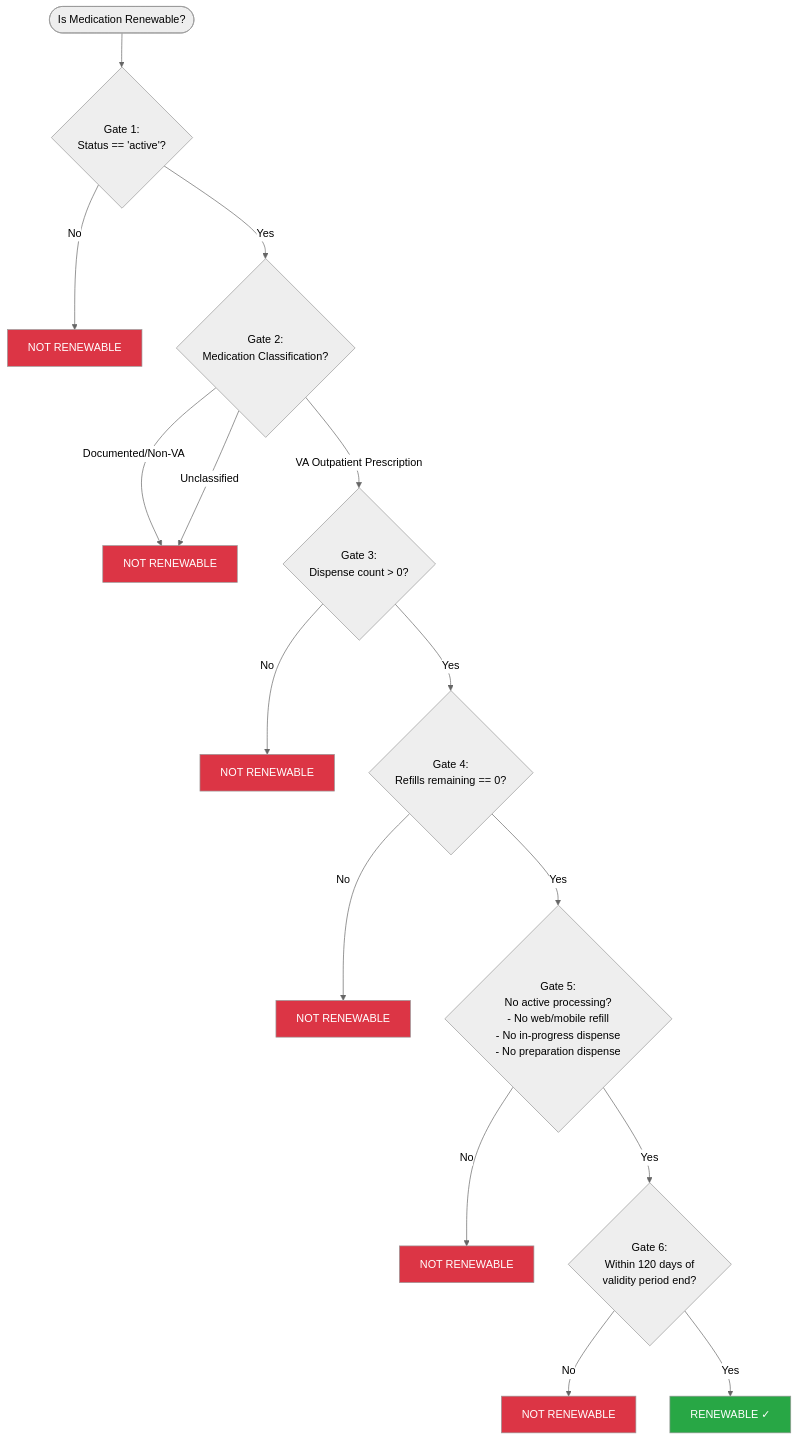
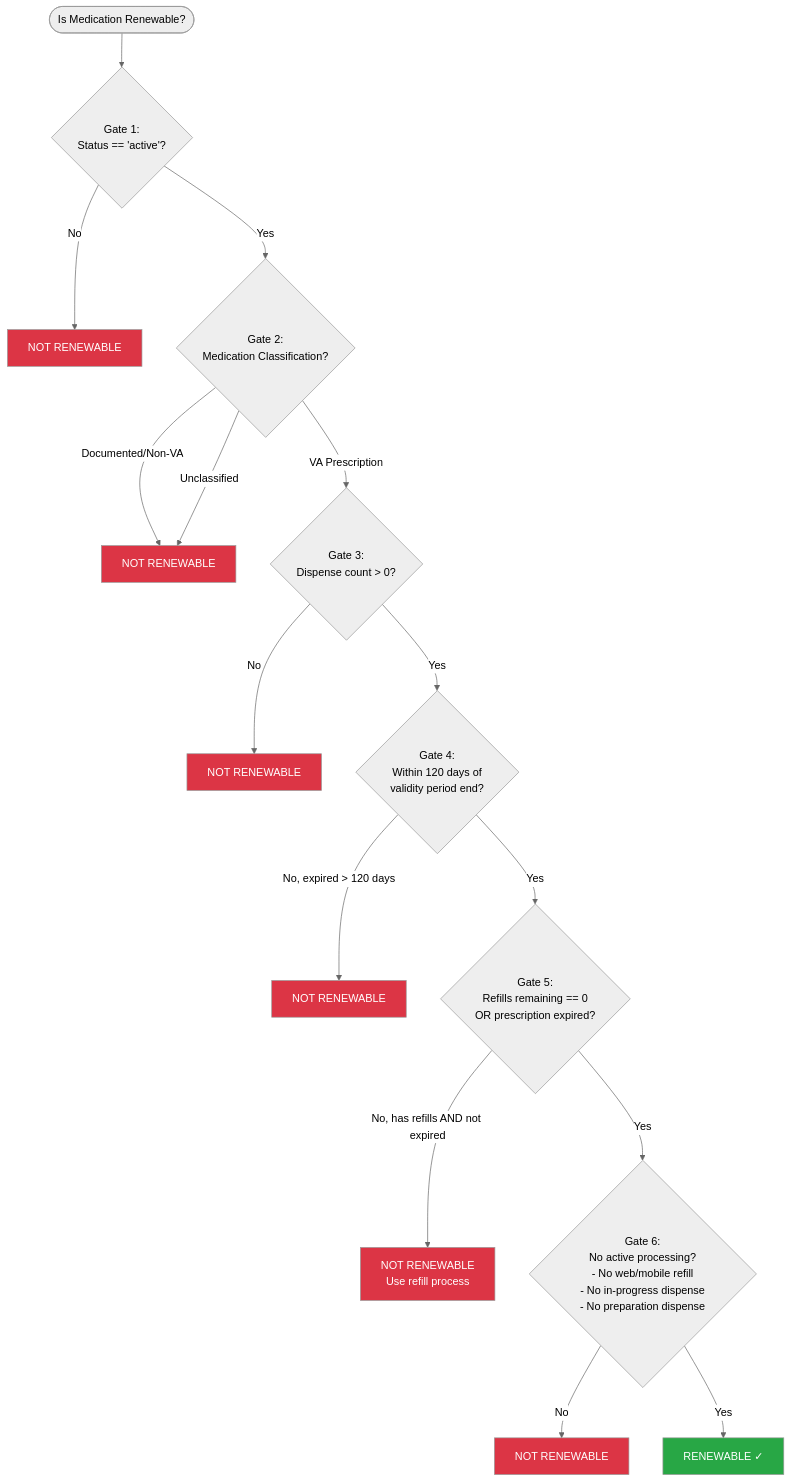
One commit to department-of-veterans-affairs/va.gov-team changed the diagram in products/health-care/digital-health-modernization/mhv-to-va.gov/medications/requirements/oracle_health_renewability_spec.md. Above: the diagram before and after it, drawn with Mermaid (neutral theme). The commit also changed other lines of this file, not shown here.

````diff
--- a/products/health-care/digital-health-modernization/mhv-to-va.gov/medications/requirements/oracle_health_renewability_spec.md
+++ b/products/health-care/digital-health-modernization/mhv-to-va.gov/medications/requirements/oracle_health_renewability_spec.md
@@ -126,37 +127,37 @@
 ```mermaid
 flowchart TD
     Start([Is Medication Renewable?]) --> Gate1
 
     Gate1{Gate 1:<br/>Status == 'active'?}
     Gate1 -->|No| NotRenewable1[NOT RENEWABLE]
     Gate1 -->|Yes| Gate2
 
     Gate2{Gate 2:<br/>Medication Classification?}
     Gate2 -->|Documented/Non-VA| NotRenewable2[NOT RENEWABLE]
     Gate2 -->|Unclassified| NotRenewable2
-    Gate2 -->|VA Outpatient Prescription| Gate3
+    Gate2 -->|VA Prescription| Gate3
 
     Gate3{Gate 3:<br/>Dispense count > 0?}
     Gate3 -->|No| NotRenewable3[NOT RENEWABLE]
     Gate3 -->|Yes| Gate4
 
-    Gate4{Gate 4:<br/>Refills remaining == 0?}
-    Gate4 -->|No| NotRenewable4[NOT RENEWABLE]
+    Gate4{Gate 4:<br/>Within 120 days of<br/>validity period end?}
+    Gate4 -->|No, expired > 120 days| NotRenewable4[NOT RENEWABLE]
     Gate4 -->|Yes| Gate5
 
-    Gate5{Gate 5:<br/>No active processing?<br/>- No web/mobile refill<br/>- No in-progress dispense<br/>- No preparation dispense}
-    Gate5 -->|No| NotRenewable5[NOT RENEWABLE]
+    Gate5{Gate 5:<br/>Refills remaining == 0<br/>OR prescription expired?}
+    Gate5 -->|No, has refills AND not expired| NotRenewable5[NOT RENEWABLE<br/>Use refill process]
     Gate5 -->|Yes| Gate6
 
-    Gate6{Gate 6:<br/>Within 120 days of<br/>validity period end?}
+    Gate6{Gate 6:<br/>No active processing?<br/>- No web/mobile refill<br/>- No in-progress dispense<br/>- No preparation dispense}
     Gate6 -->|No| NotRenewable6[NOT RENEWABLE]
     Gate6 -->|Yes| Renewable[RENEWABLE ✓]
 
     style Renewable fill:#28a745,color:#fff
     style NotRenewable1 fill:#dc3545,color:#fff
     style NotRenewable2 fill:#dc3545,color:#fff
     style NotRenewable3 fill:#dc3545,color:#fff
     style NotRenewable4 fill:#dc3545,color:#fff
     style NotRenewable5 fill:#dc3545,color:#fff
     style NotRenewable6 fill:#dc3545,color:#fff
 ```
````
